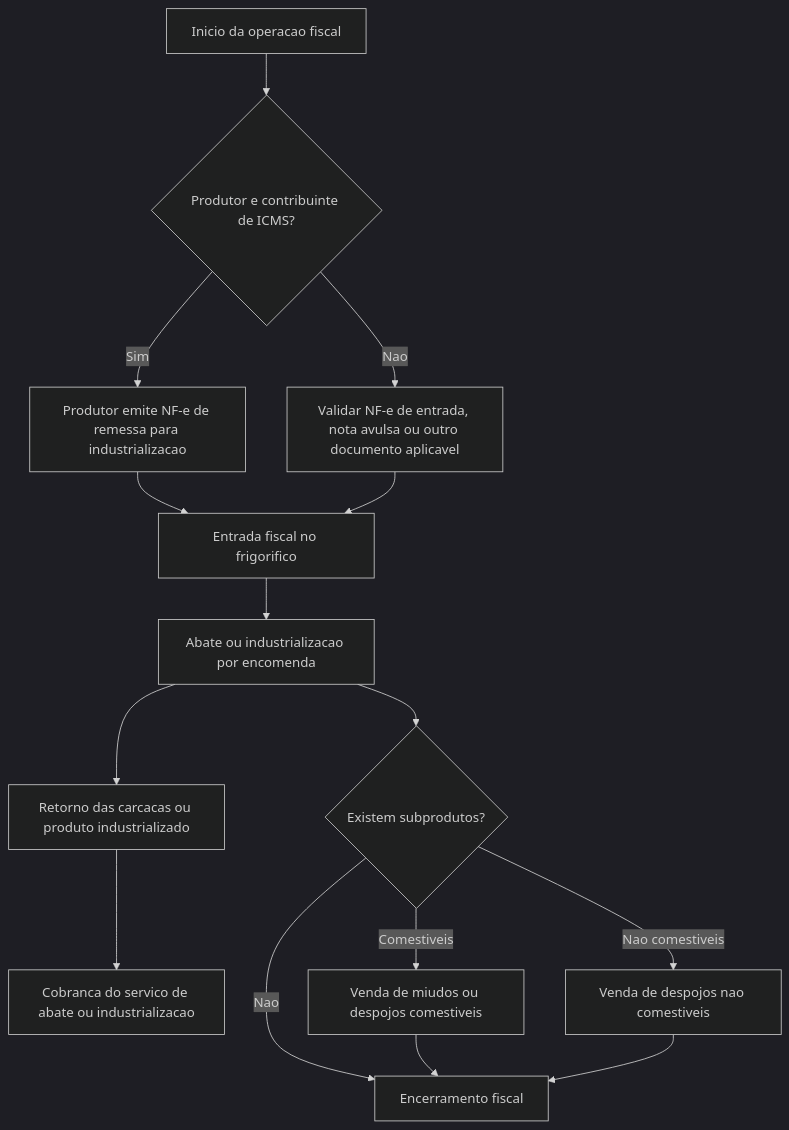
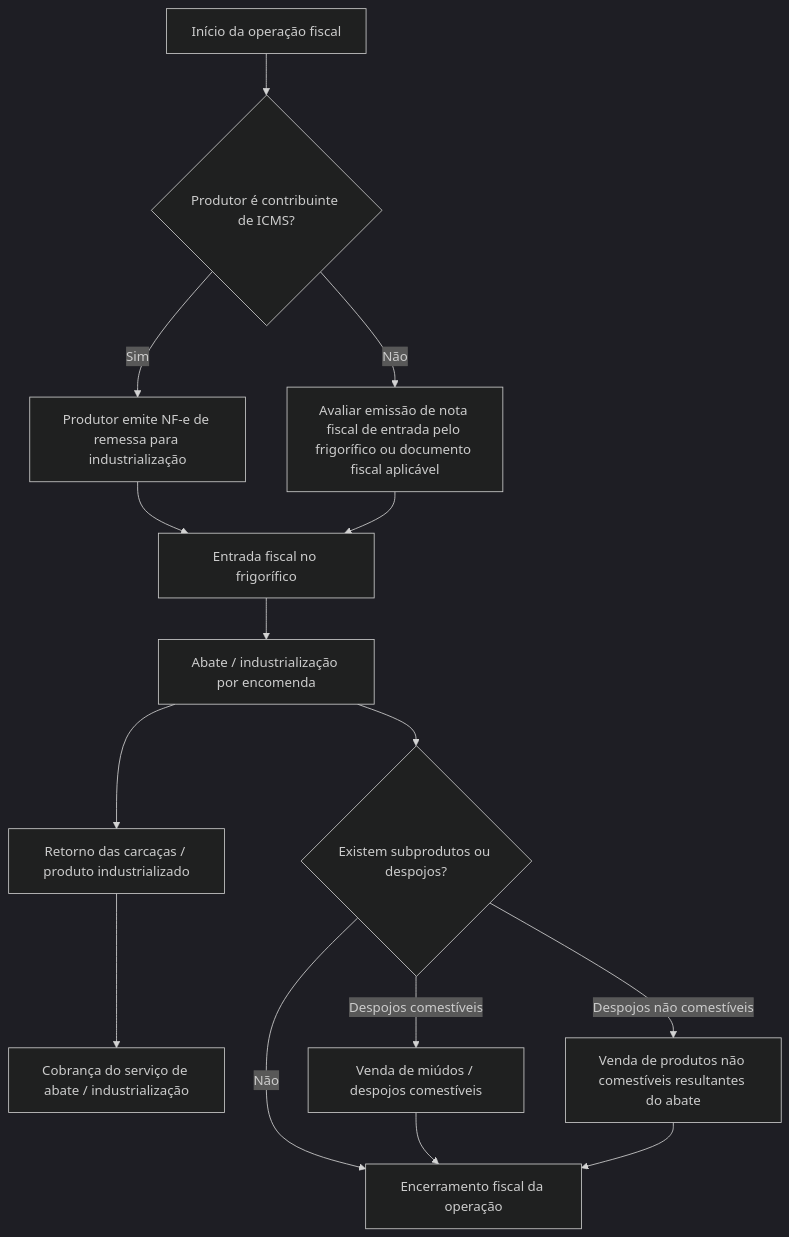
Before and after one commit to rafarodrix/documentacao-syspro: the diagram in apps/web/content/docs/suporte/rotinas-segmentos/Frigorifico.mdx, drawn with Mermaid (dark theme). The commit also changed other lines of this file and 5 other files, not shown here.

````diff
--- a/apps/web/content/docs/suporte/rotinas-segmentos/Frigorifico.mdx
+++ b/apps/web/content/docs/suporte/rotinas-segmentos/Frigorifico.mdx
@@ -61,22 +44,22 @@
 ```mermaid
 flowchart TD
-    A[Inicio da operacao fiscal] --> B{Produtor e contribuinte de ICMS?}
+    A[Início da operação fiscal] --> B{Produtor é contribuinte de ICMS?}
 
-    B -->|Sim| C[Produtor emite NF-e de remessa para industrializacao]
-    B -->|Nao| D[Validar NF-e de entrada, nota avulsa ou outro documento aplicavel]
+    B -->|Sim| C[Produtor emite NF-e de remessa para industrialização]
+    B -->|Não| D[Avaliar emissão de nota fiscal de entrada pelo frigorífico ou documento fiscal aplicável]
 
-    C --> E[Entrada fiscal no frigorifico]
+    C --> E[Entrada fiscal no frigorífico]
     D --> E
 
-    E --> F[Abate ou industrializacao por encomenda]
-    F --> G[Retorno das carcacas ou produto industrializado]
-    G --> H[Cobranca do servico de abate ou industrializacao]
+    E --> F[Abate / industrialização por encomenda]
+    F --> G[Retorno das carcaças / produto industrializado]
+    G --> H[Cobrança do serviço de abate / industrialização]
 
-    F --> I{Existem subprodutos?}
-    I -->|Comestiveis| J[Venda de miudos ou despojos comestiveis]
-    I -->|Nao comestiveis| K[Venda de despojos nao comestiveis]
-    I -->|Nao| L[Encerramento fiscal]
+    F --> I{Existem subprodutos ou despojos?}
+    I -->|Despojos comestíveis| J[Venda de miúdos / despojos comestíveis]
+    I -->|Despojos não comestíveis| K[Venda de produtos não comestíveis resultantes do abate]
+    I -->|Não| L[Encerramento fiscal da operação]
 
     J --> L
     K --> L
 ```
````
